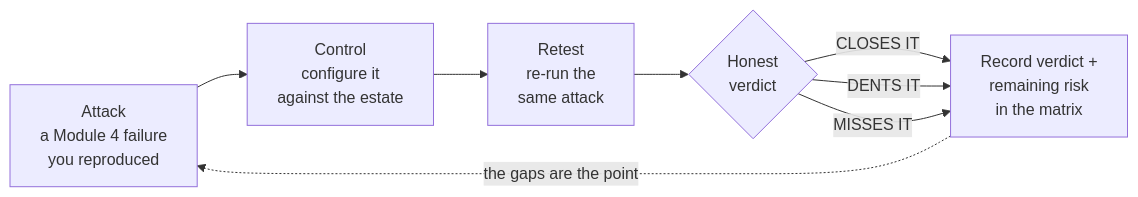
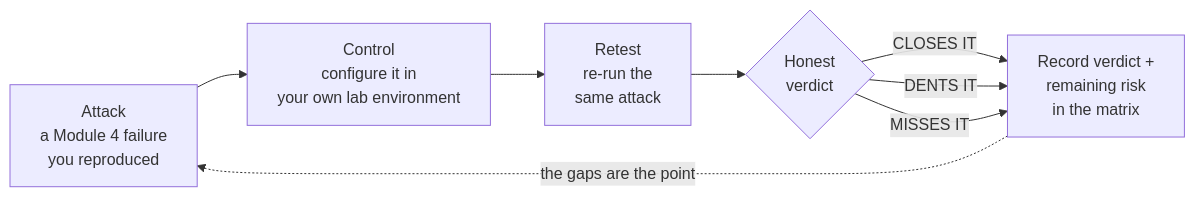
The diagram in docs/05_test_the_controls/05_test_the_controls.md (solliancenet/copilot-studio-shadow-agents-workshop), drawn with Mermaid before and after one commit. The commit also changed other lines of this file and 11 other files, not shown here.

````diff
--- a/docs/05_test_the_controls/05_test_the_controls.md
+++ b/docs/05_test_the_controls/05_test_the_controls.md
@@ -31,10 +31,10 @@
 ```mermaid
 flowchart LR
-  A["Attack<br/>a Module 4 failure<br/>you reproduced"] --> C["Control<br/>configure it<br/>against the estate"]
+  A["Attack<br/>a Module 4 failure<br/>you reproduced"] --> C["Control<br/>configure it in<br/>your own lab environment"]
   C --> R["Retest<br/>re-run the<br/>same attack"]
   R --> V{"Honest<br/>verdict"}
   V -->|CLOSES IT| Rec["Record verdict +<br/>remaining risk<br/>in the matrix"]
   V -->|DENTS IT| Rec
   V -->|MISSES IT| Rec
   Rec -.->|the gaps are the point| A
 ```
````
